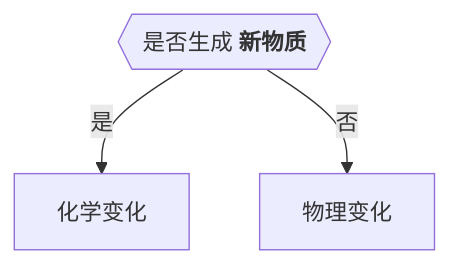
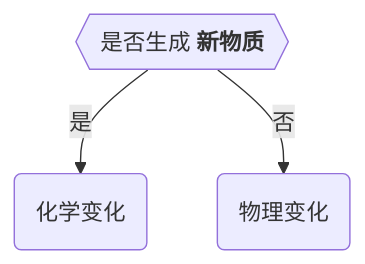
Before and after one commit to share121/share121.github.io: the first of 4 diagrams in docs/08-chemistry/07-化学常用知识.md, drawn with Mermaid. The commit also changed other lines of this file and 11 other files, not shown here.

````diff
--- a/docs/08-chemistry/07-化学常用知识.md
+++ b/docs/08-chemistry/07-化学常用知识.md
@@ -30,5 +30,5 @@
 ```mermaid
 graph TB;
-  A{{是否生成 <strong>新物质</strong>}} -->|是| B[化学变化]
-  A -->|否| C[物理变化]
+  A{{是否生成 <strong>新物质</strong>}} -->|是| B(化学变化)
+  A -->|否| C(物理变化)
 ```
````
